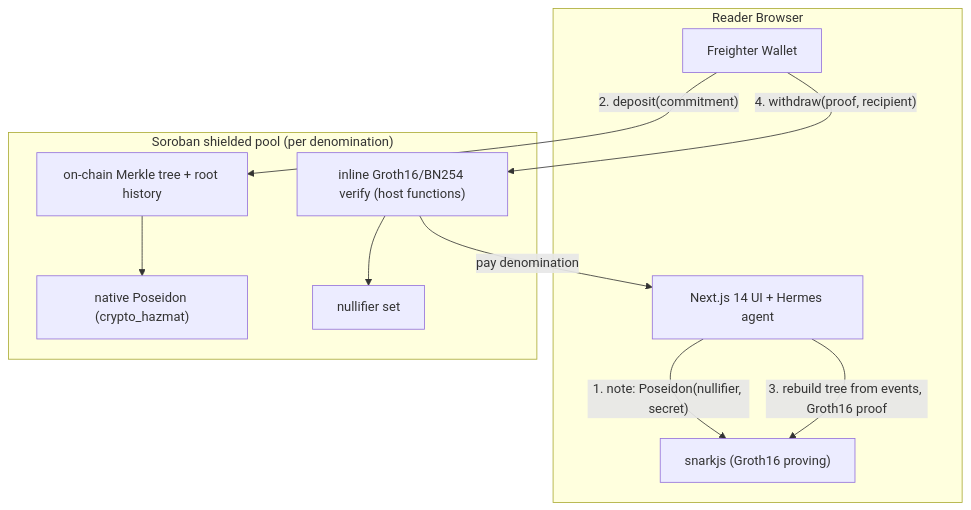
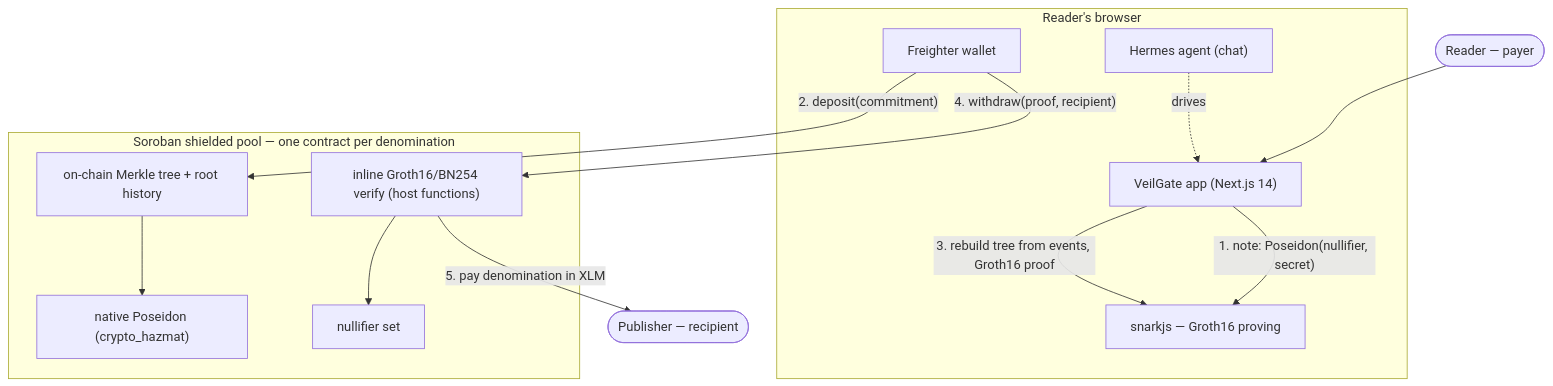
Before and after one commit to JulioMCruz/VeilGate: the second of 2 diagrams in README.md, drawn with Mermaid. The commit also changed other lines of this file, not shown here.

First line of the commit message:
docs(readme): fix the sequence diagram (mermaid parse error), add roles + agent, clearer run steps

````diff
--- a/README.md
+++ b/README.md
@@ -161,23 +176,29 @@
 ```mermaid
 flowchart TB
-    subgraph Reader["Reader Browser"]
-        UI["Next.js 14 UI + Hermes agent"]
-        SJ["snarkjs (Groth16 proving)"]
-        FW["Freighter Wallet"]
+    Reader(["Reader — payer"])
+    Publisher(["Publisher — recipient"])
+
+    subgraph Browser["Reader's browser"]
+        UI["VeilGate app (Next.js 14)"]
+        HER["Hermes agent (chat)"]
+        SJ["snarkjs — Groth16 proving"]
+        FW["Freighter wallet"]
     end
 
-    subgraph Pool["Soroban shielded pool (per denomination)"]
+    subgraph Pool["Soroban shielded pool — one contract per denomination"]
         TREE["on-chain Merkle tree + root history"]
         POS["native Poseidon (crypto_hazmat)"]
         VER["inline Groth16/BN254 verify (host functions)"]
         NUL["nullifier set"]
     end
 
+    Reader --> UI
+    HER -.drives.-> UI
     UI -->|"1. note: Poseidon(nullifier, secret)"| SJ
     FW -->|"2. deposit(commitment)"| TREE
     TREE --> POS
     UI -->|"3. rebuild tree from events, Groth16 proof"| SJ
     FW -->|"4. withdraw(proof, recipient)"| VER
     VER --> NUL
-    VER -->|"pay denomination"| UI
+    VER -->|"5. pay denomination in XLM"| Publisher
 ```
````
